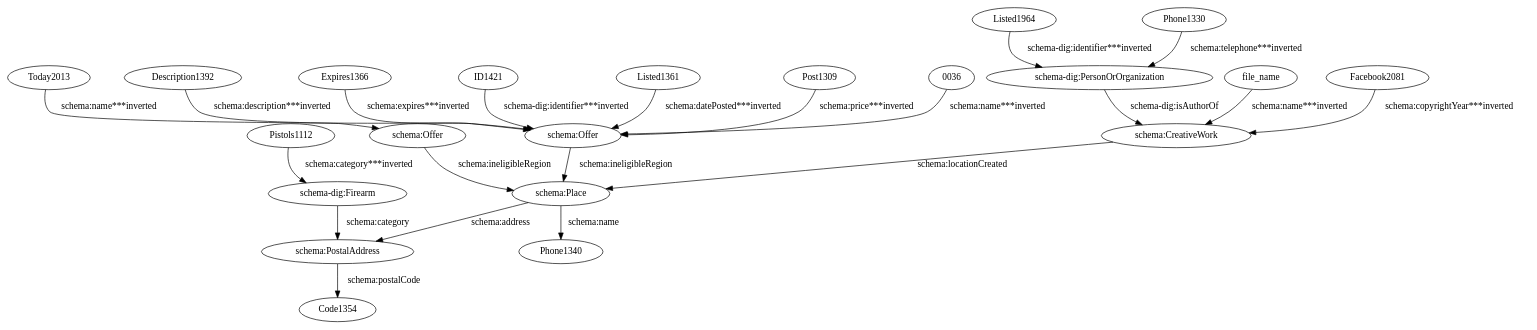
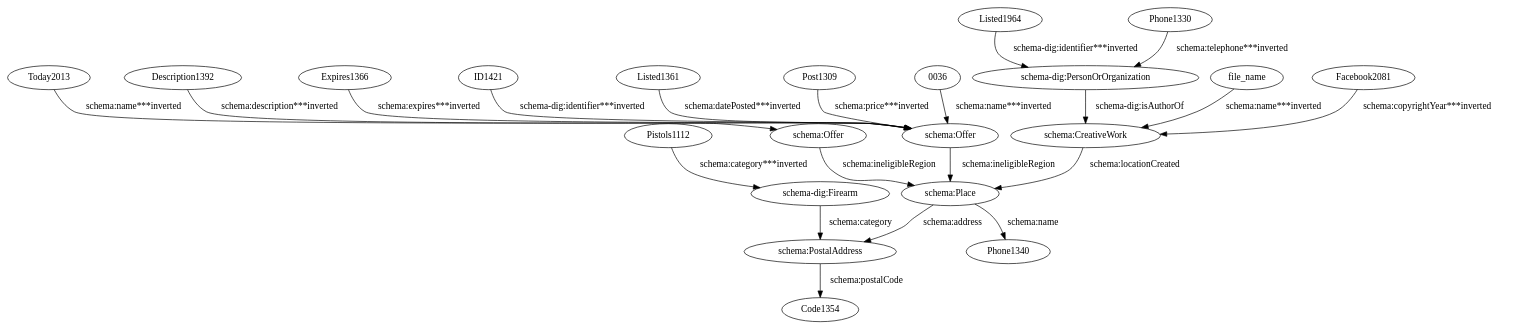
The diagram in evaluation/taheriyan2016/task_04/semantic_models_steiner/dot/tennesseegunexchange.dot (giuseppefutia/semi), drawn with Graphviz before and after one commit. The commit also changed 122 other files, not shown here.

```diff
--- a/evaluation/taheriyan2016/task_04/semantic_models_steiner/dot/tennesseegunexchange.dot
+++ b/evaluation/taheriyan2016/task_04/semantic_models_steiner/dot/tennesseegunexchange.dot
@@ -1,43 +1,43 @@
 digraph {
   "0036" [type=attribute_name,label="0036"]
   "schema:Offer1" [type=class_uri,label="schema:Offer"]
   Description1392 [type=attribute_name,label=Description1392]
   Expires1366 [type=attribute_name,label=Expires1366]
   Facebook2081 [type=attribute_name,label=Facebook2081]
   "schema:CreativeWork1" [type=class_uri,label="schema:CreativeWork"]
   ID1421 [type=attribute_name,label=ID1421]
   Listed1361 [type=attribute_name,label=Listed1361]
   Listed1964 [type=attribute_name,label=Listed1964]
   "schema-dig:PersonOrOrganization1" [type=class_uri,label="schema-dig:PersonOrOrganization"]
   Phone1330 [type=attribute_name,label=Phone1330]
   Pistols1112 [type=attribute_name,label=Pistols1112]
   "schema-dig:Firearm1" [type=class_uri,label="schema-dig:Firearm"]
   Post1309 [type=attribute_name,label=Post1309]
   Today2013 [type=attribute_name,label=Today2013]
   "schema:Offer2" [type=class_uri,label="schema:Offer"]
   file_name [type=attribute_name,label=file_name]
   "schema:PostalAddress1" [type=class_uri,label="schema:PostalAddress"]
   "schema:Place1" [type=class_uri,label="schema:Place"]
   Phone1340 [type=attribute_name,label=Phone1340]
   Code1354 [type=attribute_name,label=Code1354]
   "0036" -> "schema:Offer1" [type=st_property_uri,label="schema:name***inverted",weight=1]
   Description1392 -> "schema:Offer1" [type=st_property_uri,label="schema:description***inverted",weight=1]
   Expires1366 -> "schema:Offer1" [type=st_property_uri,label="schema:expires***inverted",weight=1]
   Facebook2081 -> "schema:CreativeWork1" [type=st_property_uri,label="schema:copyrightYear***inverted",weight=1]
   ID1421 -> "schema:Offer1" [type=st_property_uri,label="schema-dig:identifier***inverted",weight=1]
   Listed1361 -> "schema:Offer1" [type=st_property_uri,label="schema:datePosted***inverted",weight=1]
   Listed1964 -> "schema-dig:PersonOrOrganization1" [type=st_property_uri,label="schema-dig:identifier***inverted",weight=1]
   Phone1330 -> "schema-dig:PersonOrOrganization1" [type=st_property_uri,label="schema:telephone***inverted",weight=1]
   Pistols1112 -> "schema-dig:Firearm1" [type=st_property_uri,label="schema:category***inverted",weight=1]
   Post1309 -> "schema:Offer1" [type=st_property_uri,label="schema:price***inverted",weight=1]
   Today2013 -> "schema:Offer2" [type=st_property_uri,label="schema:name***inverted",weight=1]
   file_name -> "schema:CreativeWork1" [type=st_property_uri,label="schema:name***inverted",weight=1]
-  "schema-dig:Firearm1" -> "schema:PostalAddress1" [label="schema:category",type=inherited,weight=4]
-  "schema-dig:PersonOrOrganization1" -> "schema:CreativeWork1" [label="schema-dig:isAuthorOf",type=direct_property_uri,weight=1]
-  "schema:CreativeWork1" -> "schema:Place1" [label="schema:locationCreated",type=direct_property_uri,weight=1]
-  "schema:Offer1" -> "schema:Place1" [label="schema:ineligibleRegion",type=direct_property_uri,weight=1]
-  "schema:Offer2" -> "schema:Place1" [label="schema:ineligibleRegion",type=direct_property_uri,weight=1]
+  "schema-dig:Firearm1" -> "schema:PostalAddress1" [label="schema:category",type=inherited,weight=300]
+  "schema-dig:PersonOrOrganization1" -> "schema:CreativeWork1" [label="schema-dig:isAuthorOf",type=direct_property_uri,weight=100]
+  "schema:CreativeWork1" -> "schema:Place1" [label="schema:locationCreated",type=direct_property_uri,weight=100]
+  "schema:Offer1" -> "schema:Place1" [label="schema:ineligibleRegion",type=direct_property_uri,weight=100]
+  "schema:Offer2" -> "schema:Place1" [label="schema:ineligibleRegion",type=direct_property_uri,weight=100]
   "schema:Place1" -> Phone1340 [label="schema:name",type=st_property_uri]
-  "schema:Place1" -> "schema:PostalAddress1" [label="schema:address",type=direct_property_uri,weight=1]
+  "schema:Place1" -> "schema:PostalAddress1" [label="schema:address",type=direct_property_uri,weight=100]
   "schema:PostalAddress1" -> Code1354 [label="schema:postalCode",type=st_property_uri]
 }
```
